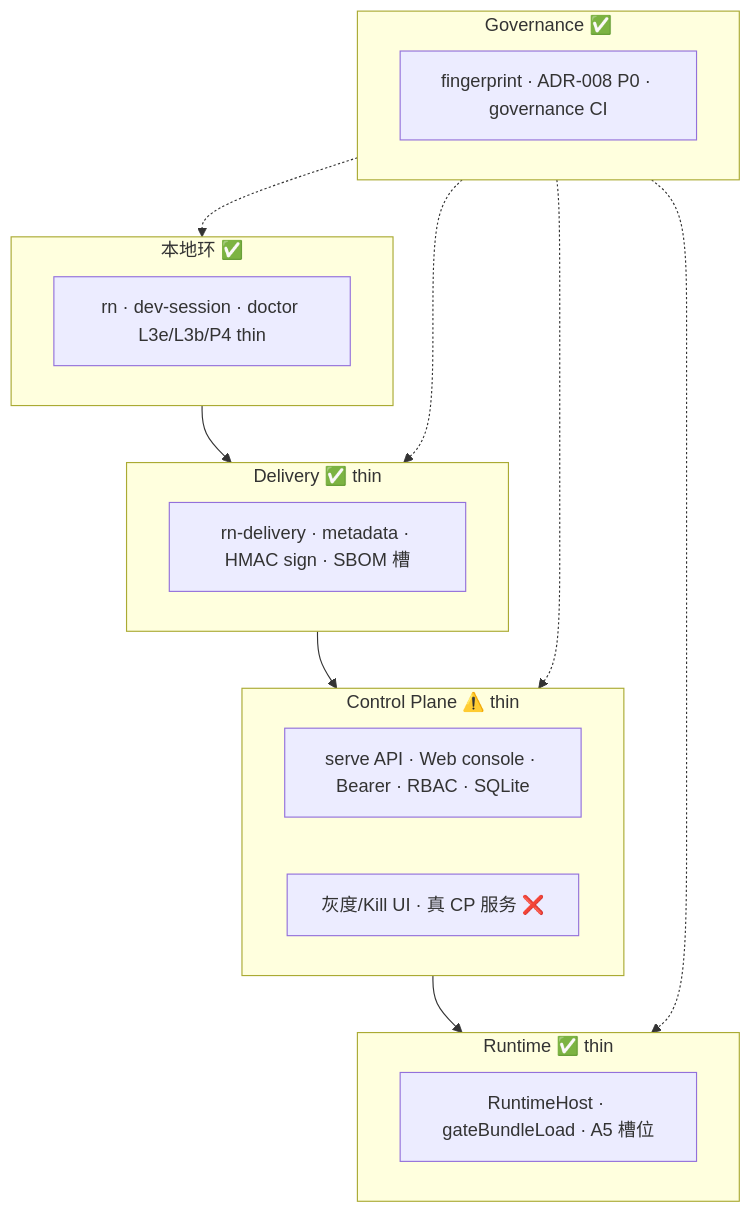
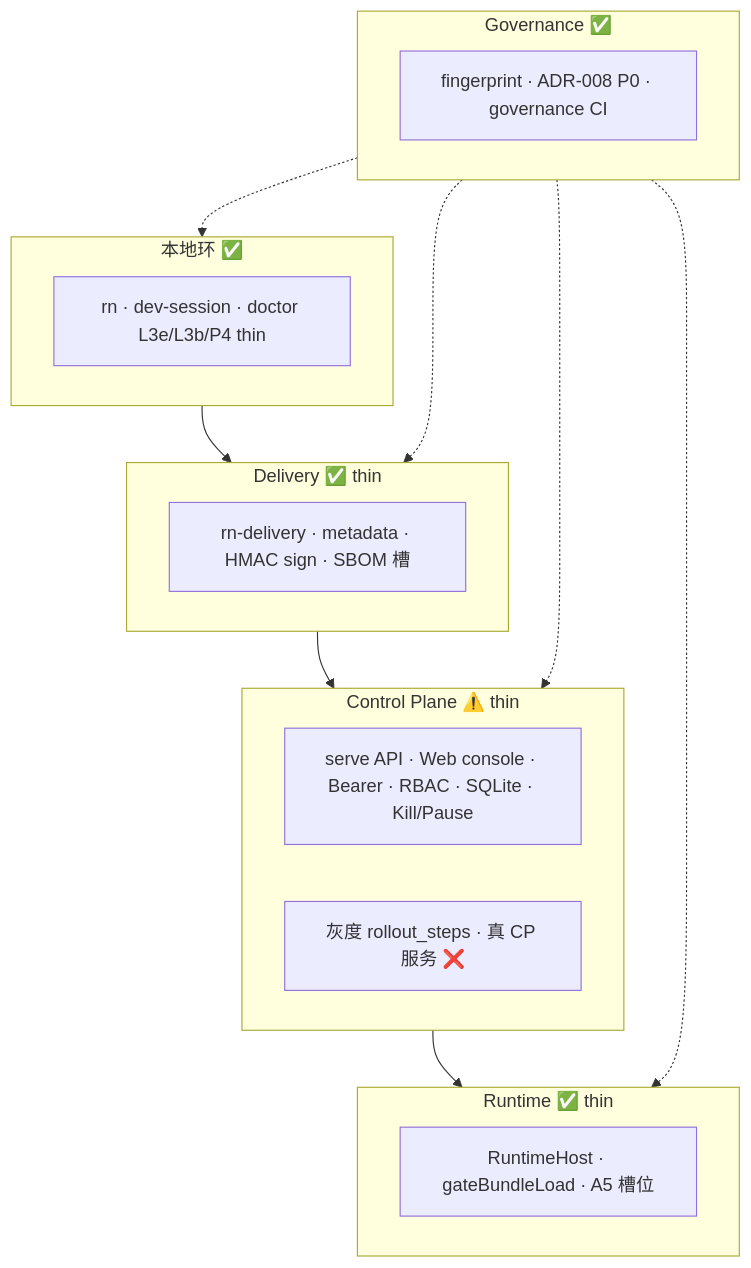
The sixth of 6 diagrams in docs/architecture-roadmap.md (client-platform-labs/rn), drawn with Mermaid before and after one commit. The commit also changed other lines of this file and 17 other files, not shown here.

Commit message:
Map B B9: CP Kill/Pause by business_module wired to A5.

````diff
--- a/docs/architecture-roadmap.md
+++ b/docs/architecture-roadmap.md
@@ -409,21 +409,21 @@
 ```mermaid
 flowchart TB
   subgraph Local["本地环 ✅"]
     L1[rn · dev-session · doctor L3e/L3b/P4 thin]
   end
   subgraph CI["Delivery ✅ thin"]
     D1[rn-delivery · metadata · HMAC sign · SBOM 槽]
   end
   subgraph CP["Control Plane ⚠️ thin"]
-    C1[serve API · Web console · Bearer · RBAC · SQLite]
-    C2[灰度/Kill UI · 真 CP 服务 ❌]
+    C1[serve API · Web console · Bearer · RBAC · SQLite · Kill/Pause]
+    C2[灰度 rollout_steps · 真 CP 服务 ❌]
   end
   subgraph RT["Runtime ✅ thin"]
     R1[RuntimeHost · gateBundleLoad · A5 槽位]
   end
   subgraph GV["Governance ✅"]
     G1[fingerprint · ADR-008 P0 · governance CI]
   end
   Local --> CI --> CP --> RT
   GV -.-> Local & CI & CP & RT
 ```
````
